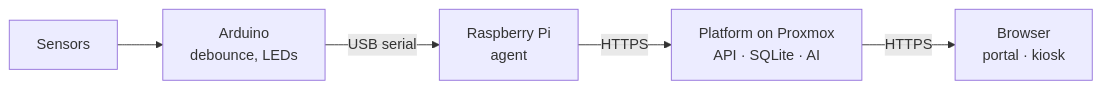
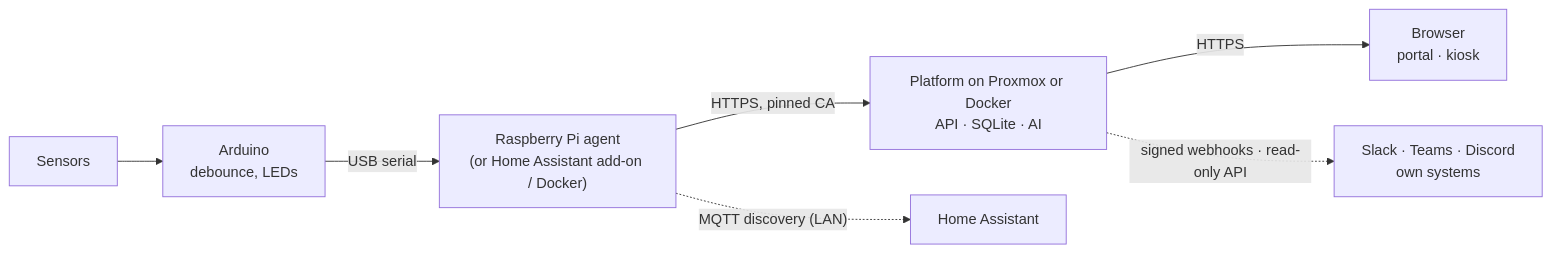
One commit to Piezodev09/hackathon-euregio changed the diagram in README.md. Above: the diagram before and after it, drawn with Mermaid. The commit also changed other lines of this file and 61 other files, not shown here.

````diff
--- a/README.md
+++ b/README.md
@@ -10,7 +10,9 @@
 ```mermaid
 flowchart LR
   S["Sensors"] --> A["Arduino<br/>debounce, LEDs"]
-  A -- "USB serial" --> P["Raspberry Pi<br/>agent"]
-  P -- "HTTPS" --> SRV["Platform on Proxmox<br/>API · SQLite · AI"]
+  A -- "USB serial" --> P["Raspberry Pi agent<br/>(or Home Assistant add-on / Docker)"]
+  P -- "HTTPS, pinned CA" --> SRV["Platform on Proxmox or Docker<br/>API · SQLite · AI"]
   SRV -- "HTTPS" --> B["Browser<br/>portal · kiosk"]
+  P -. "MQTT discovery (LAN)" .-> HA["Home Assistant"]
+  SRV -. "signed webhooks · read-only API" .-> X["Slack · Teams · Discord<br/>own systems"]
 ```
````
